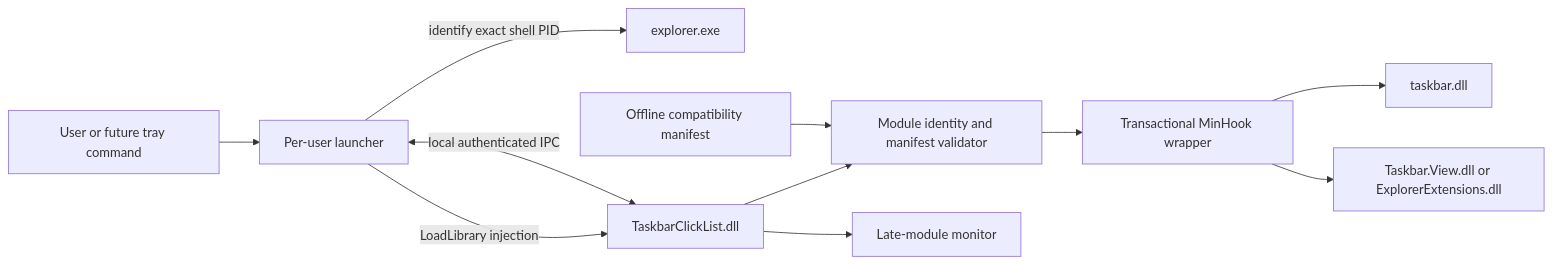
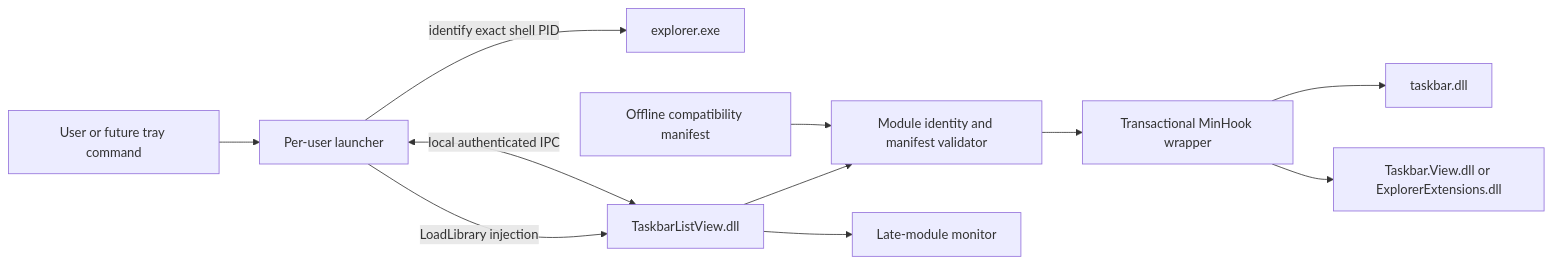
One commit to michael-pearce90/taskbar-listview changed the first of 2 diagrams in docs/design/minimal-standalone-host.md. Above: the diagram before and after it, drawn with Mermaid. The commit also changed other lines of this file and 13 other files, not shown here.

````diff
--- a/docs/design/minimal-standalone-host.md
+++ b/docs/design/minimal-standalone-host.md
@@ -18,13 +18,13 @@
 ```mermaid
 flowchart LR
     User["User or future tray command"] --> Launcher["Per-user launcher"]
     Launcher -->|identify exact shell PID| Explorer["explorer.exe"]
-    Launcher -->|LoadLibrary injection| DLL["TaskbarClickList.dll"]
+    Launcher -->|LoadLibrary injection| DLL["TaskbarListView.dll"]
     Launcher <-->|local authenticated IPC| DLL
     DLL --> Identity["Module identity and manifest validator"]
     Identity --> Hooks["Transactional MinHook wrapper"]
     Hooks --> Taskbar["taskbar.dll"]
     Hooks --> View["Taskbar.View.dll or ExplorerExtensions.dll"]
     DLL --> Monitor["Late-module monitor"]
     Manifest["Offline compatibility manifest"] --> Identity
 ```
````
